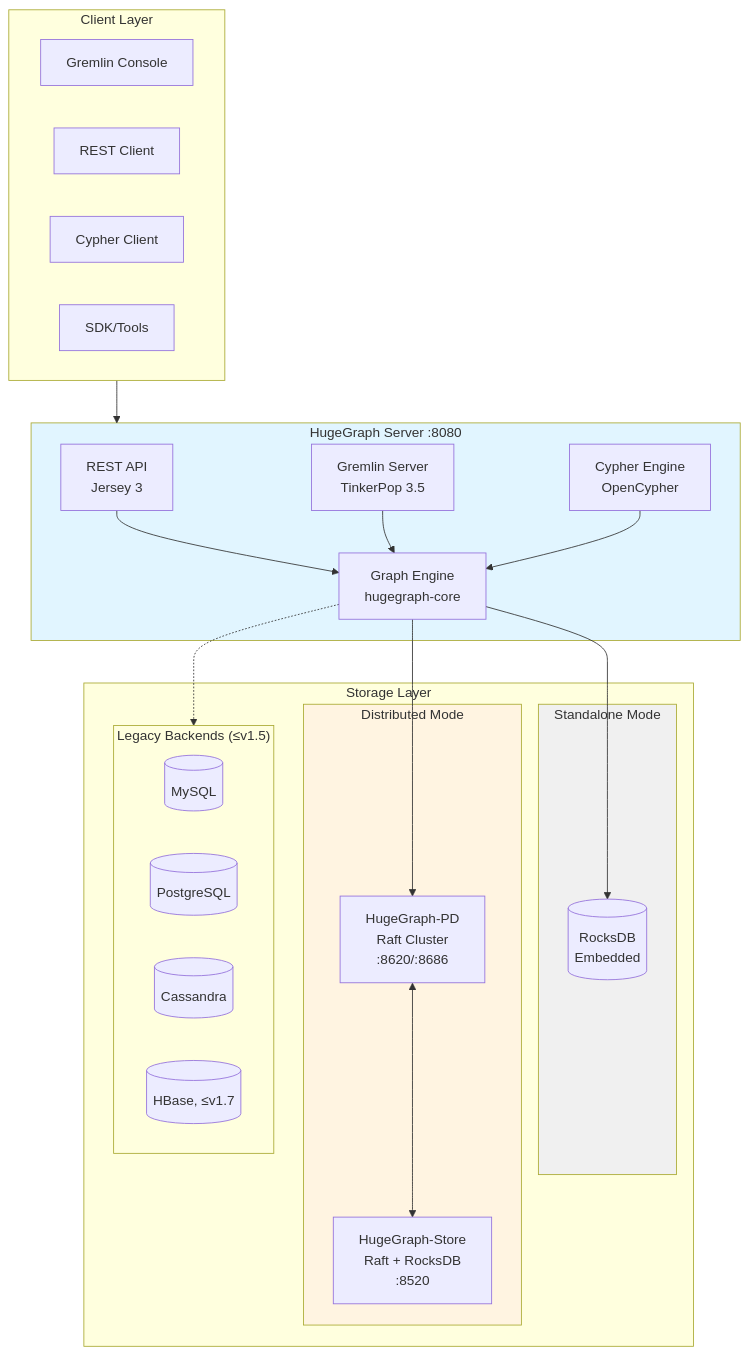
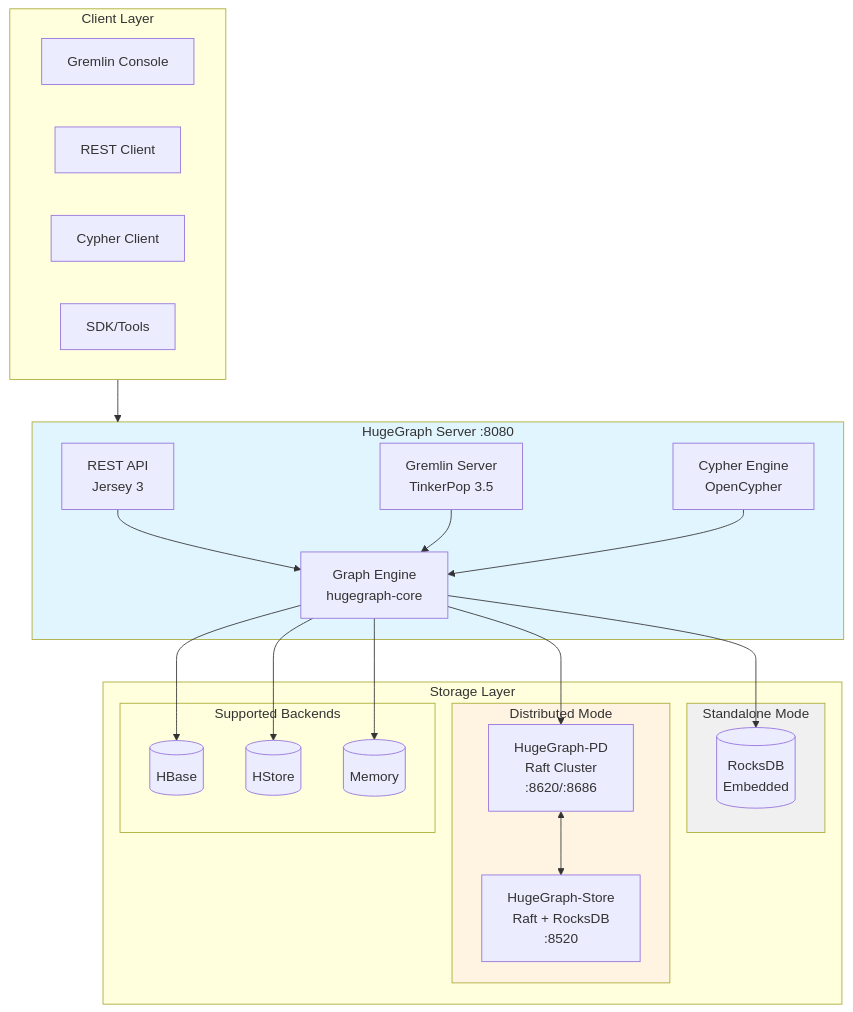
Before and after one commit to LegendPei/hugegraph: the diagram in README.md, drawn with Mermaid. The commit also changed other lines of this file and 2 other files, not shown here.

Commit message:
feat(server): clean legacy backend remnants

````diff
--- a/README.md
+++ b/README.md
@@ -120,48 +120,49 @@
 ```mermaid
 flowchart TB
     subgraph Clients["Client Layer"]
         GC[Gremlin Console]
         REST[REST Client]
         CYPHER[Cypher Client]
         SDK[SDK/Tools]
     end
 
     subgraph Server["HugeGraph Server :8080"]
         API[REST API<br/>Jersey 3]
         GS[Gremlin Server<br/>TinkerPop 3.5]
         CS[Cypher Engine<br/>OpenCypher]
         CORE[Graph Engine<br/>hugegraph-core]
 
         API --> CORE
         GS --> CORE
         CS --> CORE
     end
 
     subgraph Storage["Storage Layer"]
         subgraph Standalone["Standalone Mode"]
             ROCKS[(RocksDB<br/>Embedded)]
         end
 
         subgraph Distributed["Distributed Mode"]
             PD[HugeGraph-PD<br/>Raft Cluster<br/>:8620/:8686]
             STORE[HugeGraph-Store<br/>Raft + RocksDB<br/>:8520]
             PD <--> STORE
         end
 
-        subgraph Legacy["Legacy Backends (≤v1.5)"]
-            MYSQL[(MySQL)]
-            PG[(PostgreSQL)]
-            CASS[(Cassandra)]
-            HBASE[(HBase, ≤v1.7)]
+        subgraph Backends["Supported Backends"]
+            HBASE[(HBase)]
+            HSTORE[(HStore)]
+            MEMORY[(Memory)]
         end
     end
 
     Clients --> Server
     CORE --> ROCKS
     CORE --> PD
-    CORE -.-> Legacy
+    CORE --> HBASE
+    CORE --> HSTORE
+    CORE --> MEMORY
 
     style Server fill:#e1f5ff
     style Distributed fill:#fff4e1
     style Standalone fill:#f0f0f0
 ```
````
